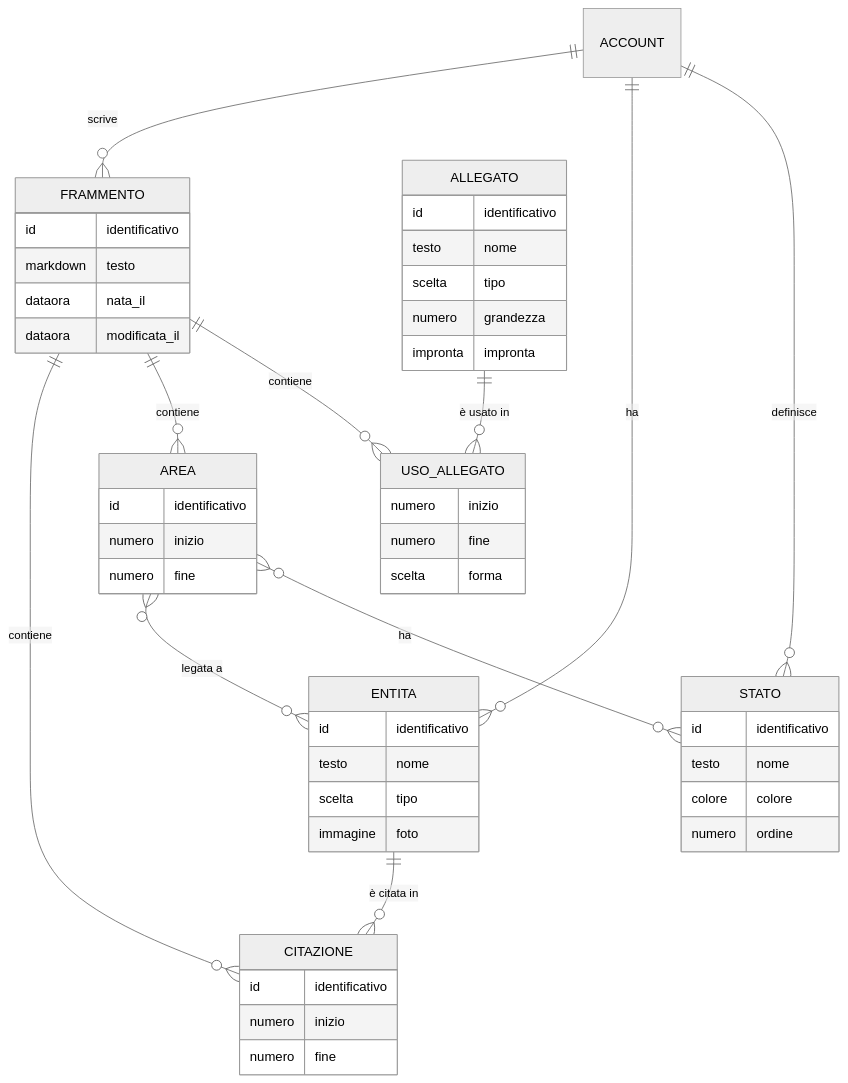
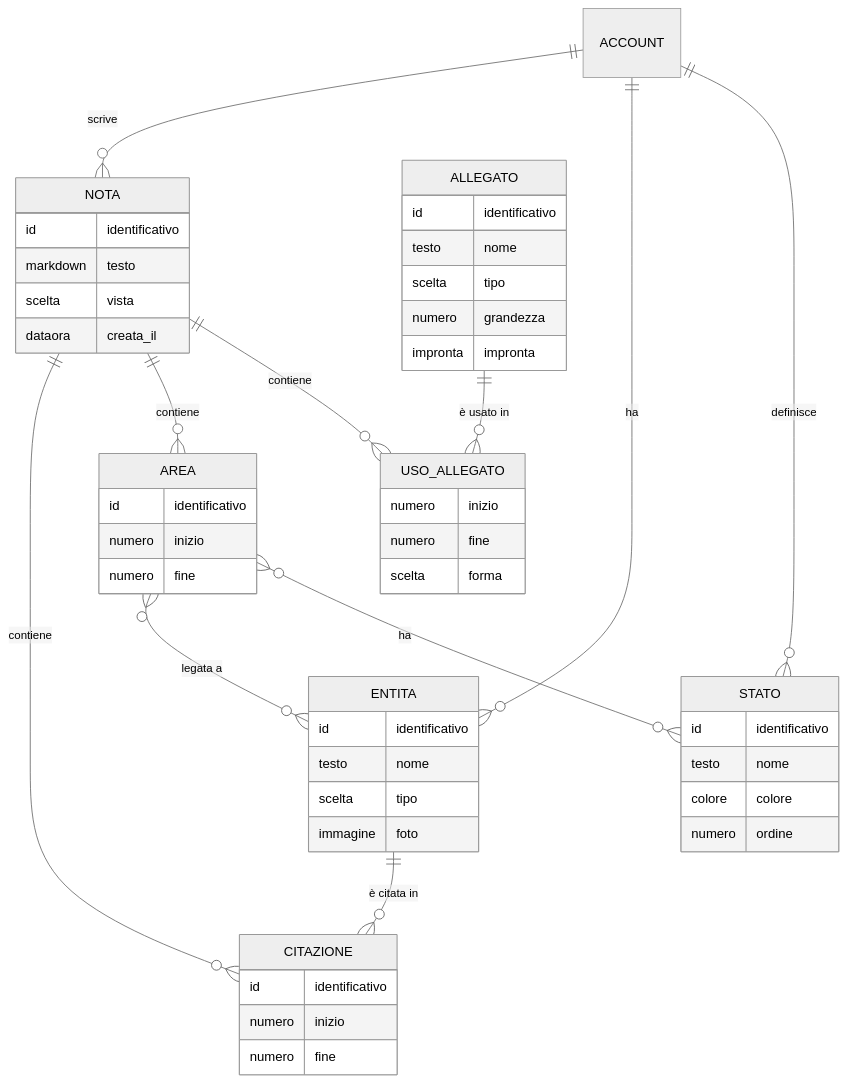
Before and after one commit to Helmutsti/MemoDu: the diagram in docs/moduli/net/3-entita.md, drawn with Mermaid (neutral theme). The commit also changed other lines of this file and 84 other files, not shown here.

````diff
--- a/docs/moduli/net/3-entita.md
+++ b/docs/moduli/net/3-entita.md
@@ -6,53 +6,53 @@
 ```mermaid
 erDiagram
-    ACCOUNT ||--o{ FRAMMENTO : "scrive"
+    ACCOUNT ||--o{ NOTA : "scrive"
     ACCOUNT ||--o{ ENTITA : "ha"
     ACCOUNT ||--o{ STATO : "definisce"
-    FRAMMENTO ||--o{ CITAZIONE : "contiene"
+    NOTA ||--o{ CITAZIONE : "contiene"
     ENTITA ||--o{ CITAZIONE : "è citata in"
-    FRAMMENTO ||--o{ AREA : "contiene"
+    NOTA ||--o{ AREA : "contiene"
     AREA }o--o{ ENTITA : "legata a"
     AREA }o--o{ STATO : "ha"
-    FRAMMENTO ||--o{ USO_ALLEGATO : "contiene"
+    NOTA ||--o{ USO_ALLEGATO : "contiene"
     ALLEGATO ||--o{ USO_ALLEGATO : "è usato in"
-    FRAMMENTO {
+    NOTA {
         id identificativo
         markdown testo
-        dataora nata_il
-        dataora modificata_il
+        scelta vista
+        dataora creata_il
     }
     ENTITA {
         id identificativo
         testo nome
         scelta tipo
         immagine foto
     }
     CITAZIONE {
         id identificativo
         numero inizio
         numero fine
     }
     AREA {
         id identificativo
         numero inizio
         numero fine
     }
     ALLEGATO {
         id identificativo
         testo nome
         scelta tipo
         numero grandezza
         impronta impronta
     }
     USO_ALLEGATO {
         numero inizio
         numero fine
         scelta forma
     }
     STATO {
         id identificativo
         testo nome
         colore colore
         numero ordine
     }
 ```
````
